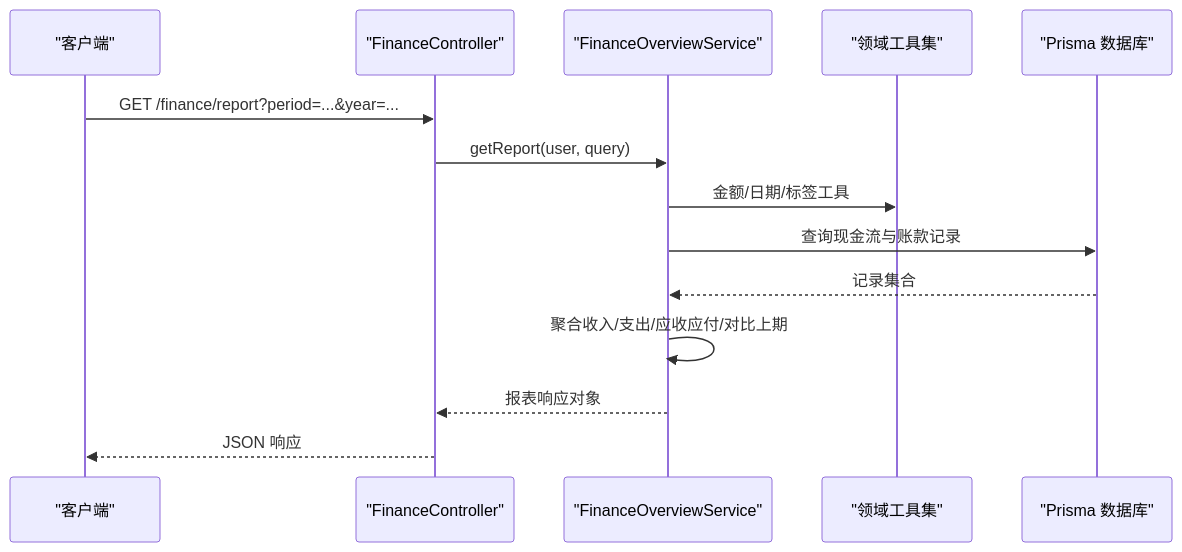
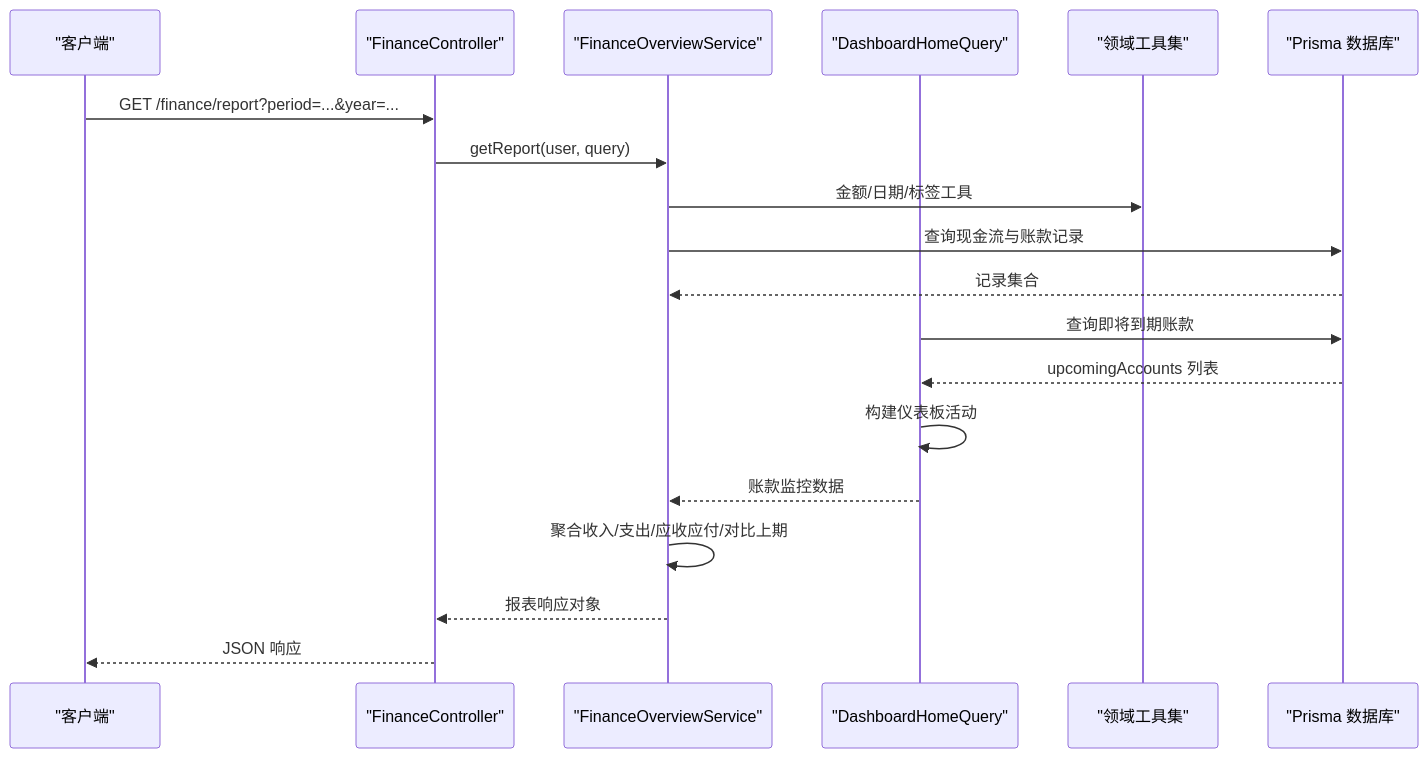
The second of 8 diagrams in .qoder/repowiki/zh/content/业务模块/财务管理模块/财务报表.md (rc558620/purelyprofit-server), drawn with Mermaid before and after one commit. The commit also changed other lines of this file and 65 other files, not shown here.

````diff
--- a/.qoder/repowiki/zh/content/业务模块/财务管理模块/财务报表.md
+++ b/.qoder/repowiki/zh/content/业务模块/财务管理模块/财务报表.md
@@ -154,16 +175,21 @@
 ```mermaid
 sequenceDiagram
 participant Client as "客户端"
 participant Ctrl as "FinanceController"
 participant Svc as "FinanceOverviewService"
+participant Dash as "DashboardHomeQuery"
 participant Util as "领域工具集"
 participant DB as "Prisma 数据库"
 Client->>Ctrl : GET /finance/report?period=...&year=...
 Ctrl->>Svc : getReport(user, query)
 Svc->>Util : 金额/日期/标签工具
 Svc->>DB : 查询现金流与账款记录
 DB-->>Svc : 记录集合
+Dash->>DB : 查询即将到期账款
+DB-->>Dash : upcomingAccounts 列表
+Dash->>Dash : 构建仪表板活动
+Dash-->>Svc : 账款监控数据
 Svc->>Svc : 聚合收入/支出/应收应付/对比上期
 Svc-->>Ctrl : 报表响应对象
 Ctrl-->>Client : JSON 响应
 ```
````
